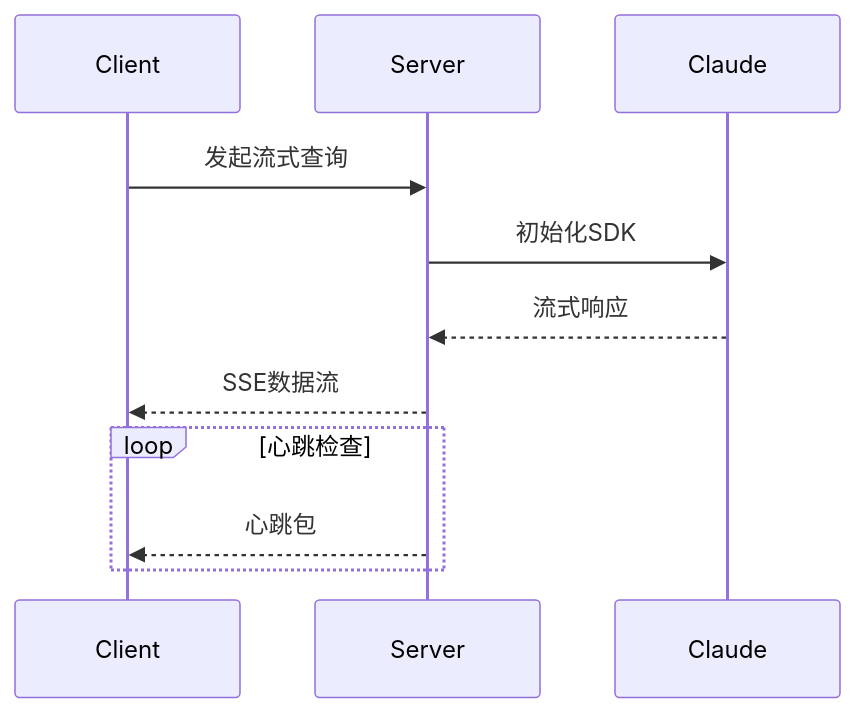
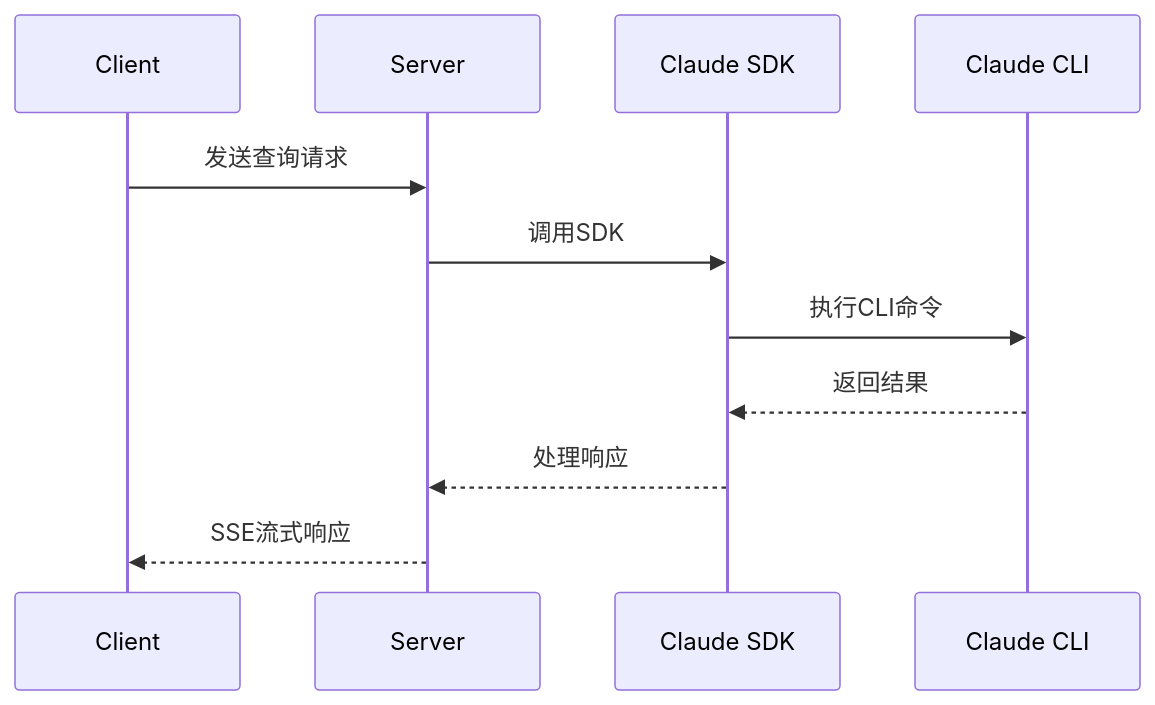
One commit to danielli0522/cc-sdk-demo changed the fourth of 5 diagrams in demo-real/demo-real-Technical-Overview.md. Above: the diagram before and after it, drawn with Mermaid. The commit also changed other lines of this file and 44 other files, not shown here.

````diff
--- a/demo-real/demo-real-Technical-Overview.md
+++ b/demo-real/demo-real-Technical-Overview.md
@@ -76,10 +145,14 @@
 ```mermaid
 sequenceDiagram
-    Client->>Server: 发起流式查询
-    Server->>Claude: 初始化SDK
-    Claude-->>Server: 流式响应
-    Server-->>Client: SSE数据流
-    loop 心跳检查
-        Server-->>Client: 心跳包
-    end
+    participant C as Client
+    participant S as Server
+    participant SDK as Claude SDK
+    participant CLI as Claude CLI
+
+    C->>S: 发送查询请求
+    S->>SDK: 调用SDK
+    SDK->>CLI: 执行CLI命令
+    CLI-->>SDK: 返回结果
+    SDK-->>S: 处理响应
+    S-->>C: SSE流式响应
 ```
````
